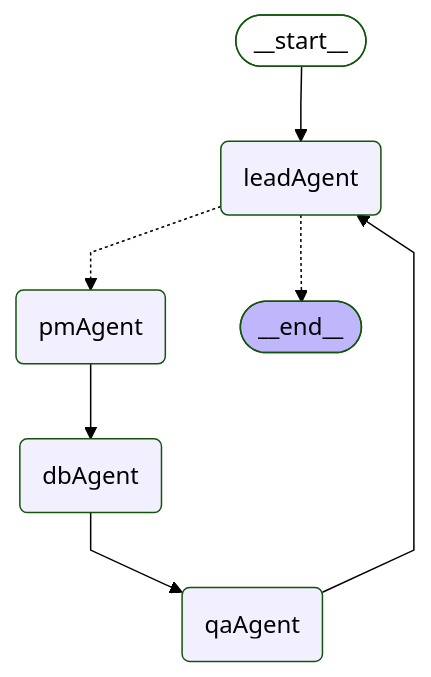
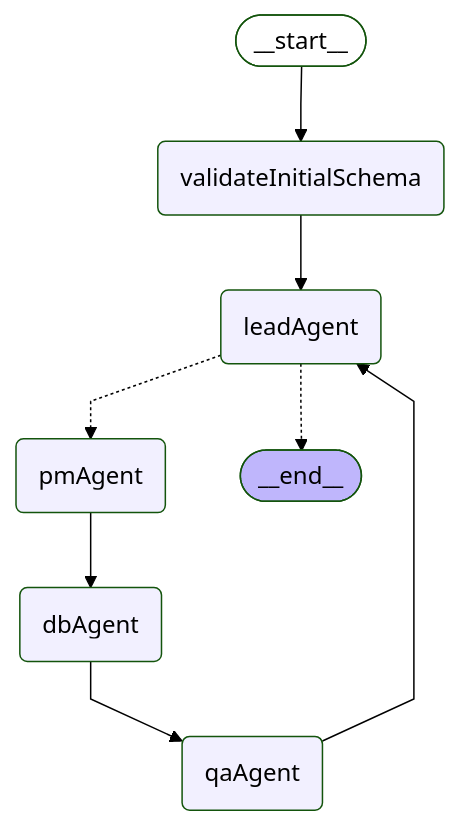
One commit to yzkee/liam changed the first of 5 diagrams in frontend/internal-packages/agent/README.md. Above: the diagram before and after it, drawn with Mermaid (forest theme). The commit also changed other lines of this file and 4 other files, not shown here.

First line of the commit message:
✨ Implement validateInitialSchema node framework

````diff
--- a/frontend/internal-packages/agent/README.md
+++ b/frontend/internal-packages/agent/README.md
@@ -7,19 +7,21 @@
 ```mermaid
 %%{init: {'flowchart': {'curve': 'linear'}}}%%
 graph TD;
 	__start__([<p>__start__</p>]):::first
+	validateInitialSchema(validateInitialSchema)
 	leadAgent(leadAgent)
 	pmAgent(pmAgent)
 	dbAgent(dbAgent)
 	qaAgent(qaAgent)
 	__end__([<p>__end__</p>]):::last
-	__start__ --> leadAgent;
+	__start__ --> validateInitialSchema;
 	dbAgent --> qaAgent;
 	pmAgent --> dbAgent;
 	qaAgent --> leadAgent;
+	validateInitialSchema --> leadAgent;
 	leadAgent -.-> pmAgent;
 	leadAgent -.-> __end__;
 	classDef default fill:#f2f0ff,line-height:1.2;
 	classDef first fill-opacity:0;
 	classDef last fill:#bfb6fc;
 ```
````
